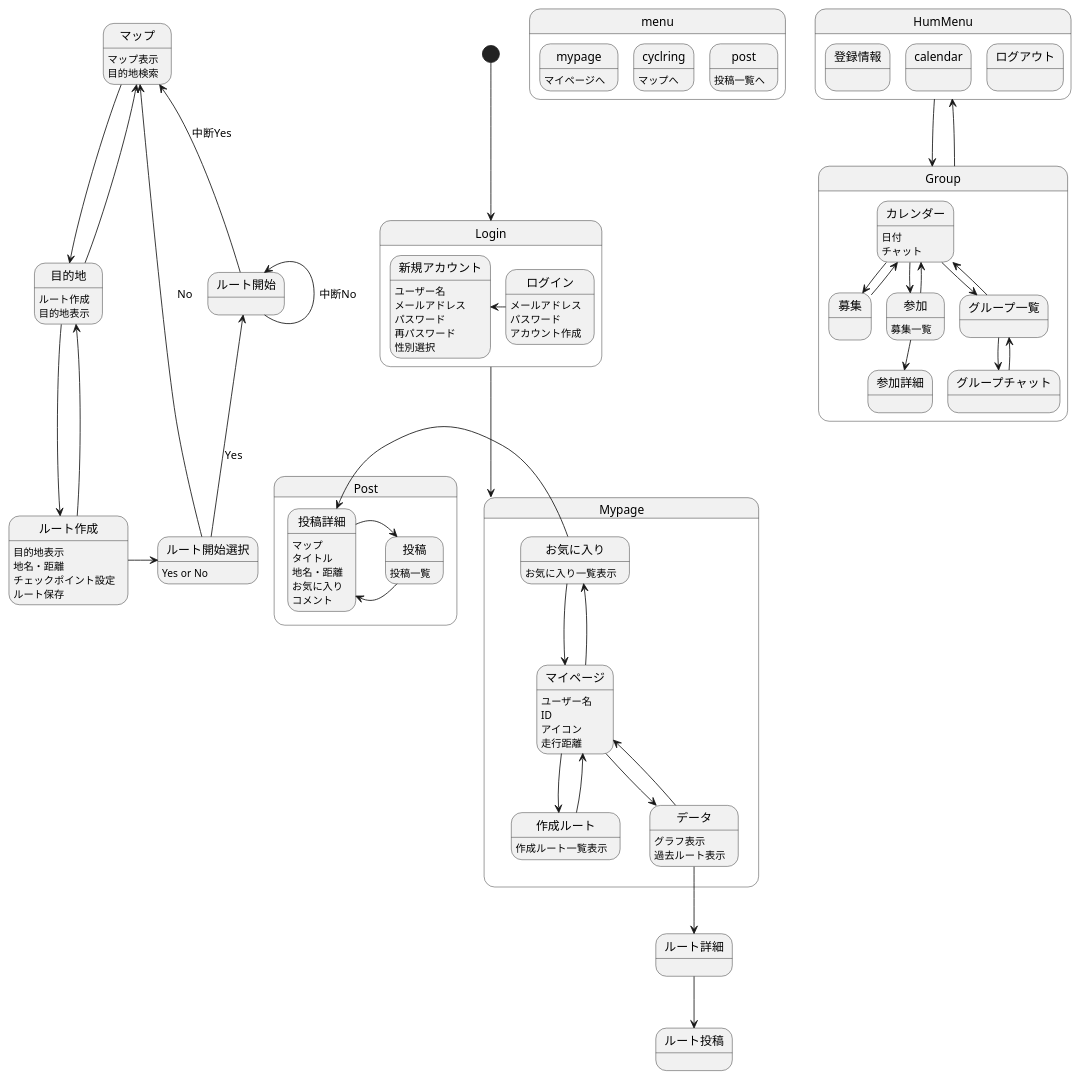
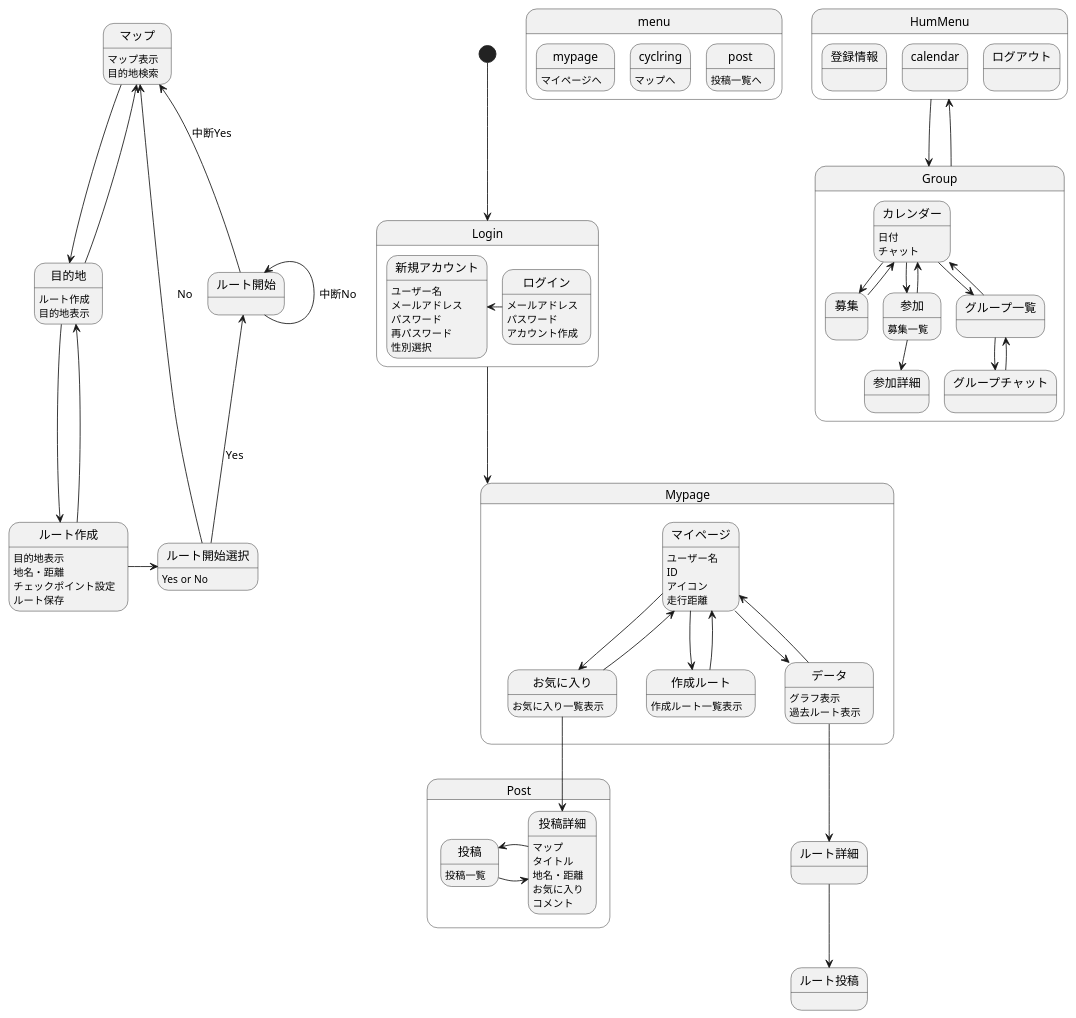
The diagram in 画面遷移図/gm.md (AsoSD3A3/CyclingSystem), drawn with PlantUML before and after one commit.

````diff
--- a/画面遷移図/gm.md
+++ b/画面遷移図/gm.md
@@ -89,15 +89,15 @@
 
 state Post{
 投稿:投稿一覧
-投稿-left->投稿詳細
-投稿詳細-right->投稿
+投稿-right->投稿詳細
+投稿詳細-left->投稿
 投稿詳細:マップ
 投稿詳細:タイトル
 投稿詳細:地名・距離
 投稿詳細:お気に入り
 投稿詳細:コメント
 }
-お気に入り-left->投稿詳細
+お気に入り-down->投稿詳細
 
 @enduml
 ```
````
